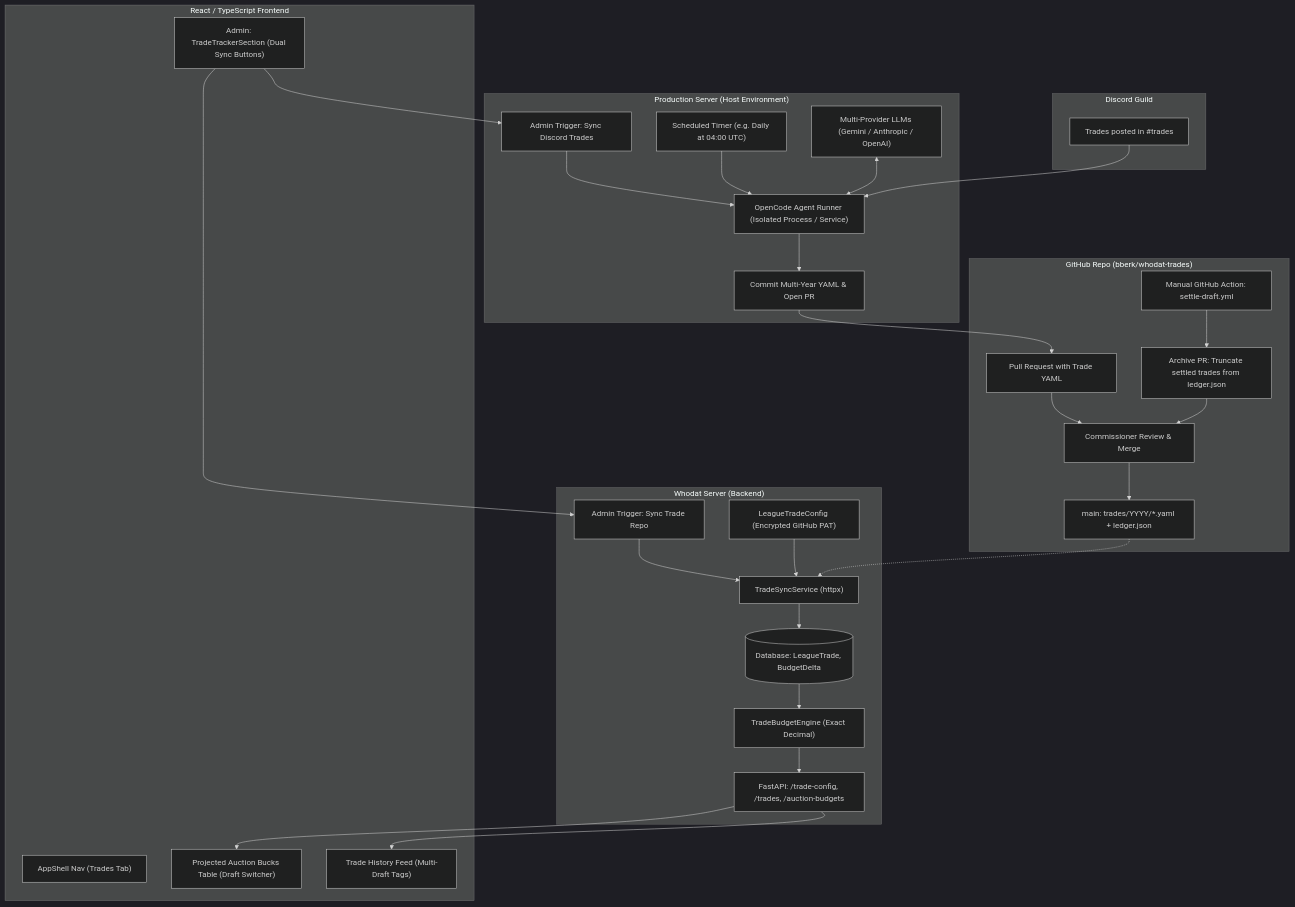
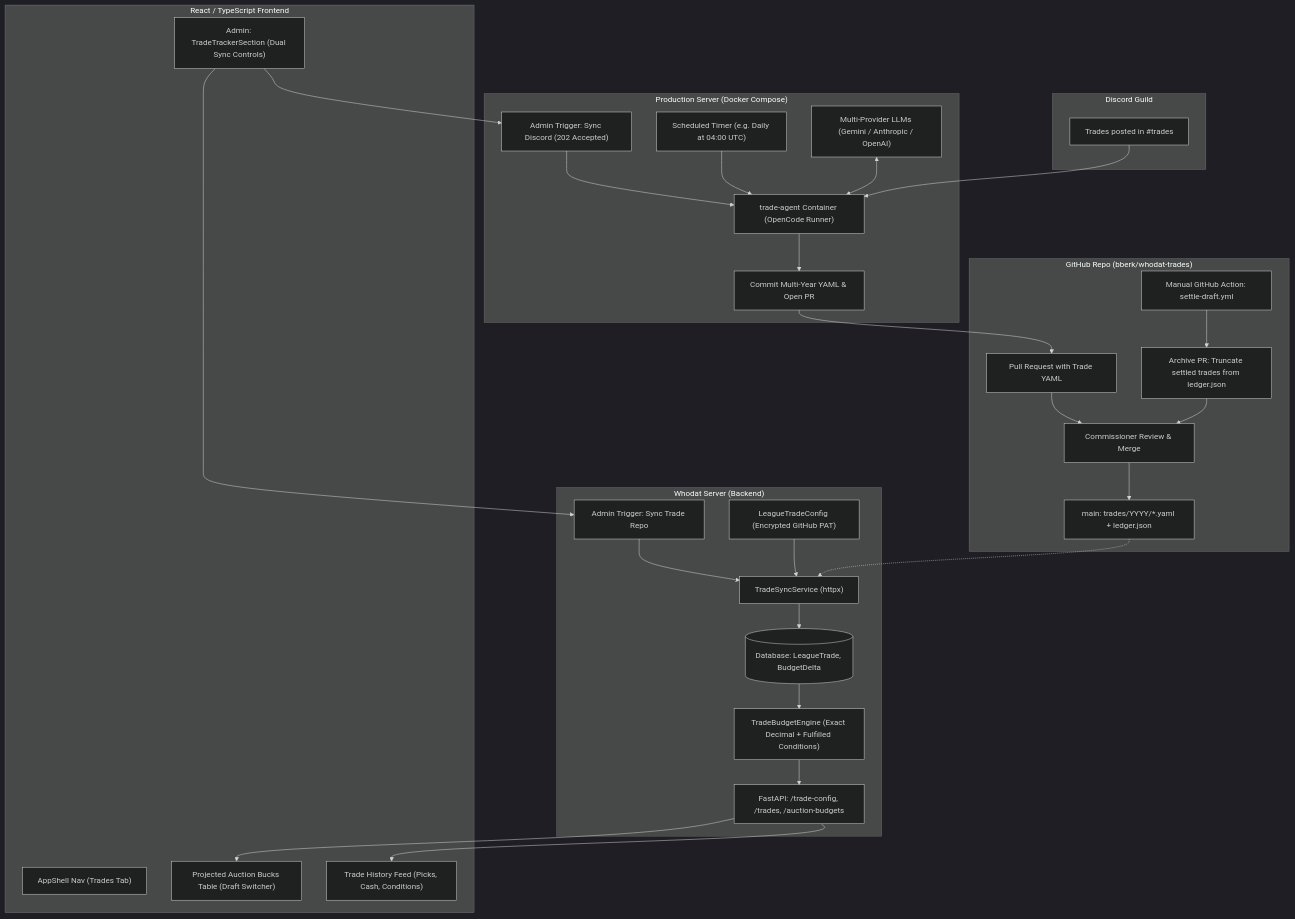
Before and after one commit to bberk/whodat-server: the first of 2 diagrams in docs/TRADE_TRACKER_PLAN.md, drawn with Mermaid (dark theme). The commit also changed other lines of this file, not shown here.

First line of the commit message:
Harden trade tracker plan from independent review

````diff
--- a/docs/TRADE_TRACKER_PLAN.md
+++ b/docs/TRADE_TRACKER_PLAN.md
@@ -25,60 +25,60 @@
 ```mermaid
 flowchart TD
     subgraph Discord["Discord Guild"]
         MSG["Trades posted in #trades"]
     end
 
-    subgraph Prod_Server["Production Server (Host Environment)"]
-        DISCORD_SYNC["Admin Trigger: Sync Discord Trades"]
+    subgraph Prod_Server["Production Server (Docker Compose)"]
+        DISCORD_SYNC["Admin Trigger: Sync Discord (202 Accepted)"]
         TIMER["Scheduled Timer (e.g. Daily at 04:00 UTC)"]
-        OPENCODE["OpenCode Agent Runner (Isolated Process / Service)"]
+        AGENT_CONTAINER["trade-agent Container (OpenCode Runner)"]
         PROVIDERS["Multi-Provider LLMs (Gemini / Anthropic / OpenAI)"]
         PR_BUILD["Commit Multi-Year YAML & Open PR"]
 
-        DISCORD_SYNC --> OPENCODE
-        TIMER --> OPENCODE
-        PROVIDERS <--> OPENCODE
-        OPENCODE --> PR_BUILD
+        DISCORD_SYNC --> AGENT_CONTAINER
+        TIMER --> AGENT_CONTAINER
+        PROVIDERS <--> AGENT_CONTAINER
+        AGENT_CONTAINER --> PR_BUILD
     end
 
     subgraph Trade_Repo["GitHub Repo (bberk/whodat-trades)"]
         PR["Pull Request with Trade YAML"]
         REVIEW["Commissioner Review & Merge"]
         MAIN["main: trades/YYYY/*.yaml + ledger.json"]
         DISPATCH_WORKFLOW["Manual GitHub Action: settle-draft.yml"]
         ARCHIVE_PR["Archive PR: Truncate settled trades from ledger.json"]
 
         PR --> REVIEW --> MAIN
         DISPATCH_WORKFLOW --> ARCHIVE_PR --> REVIEW
     end
 
     subgraph Whodat_Server["Whodat Server (Backend)"]
         REPO_SYNC["Admin Trigger: Sync Trade Repo"]
         CONFIG["LeagueTradeConfig (Encrypted GitHub PAT)"]
         SYNC_SVC["TradeSyncService (httpx)"]
         DB[("Database: LeagueTrade, BudgetDelta")]
-        ENGINE["TradeBudgetEngine (Exact Decimal)"]
+        ENGINE["TradeBudgetEngine (Exact Decimal + Fulfilled Conditions)"]
         API["FastAPI: /trade-config, /trades, /auction-budgets"]
 
         REPO_SYNC --> SYNC_SVC
         CONFIG --> SYNC_SVC
         SYNC_SVC --> DB
         DB --> ENGINE --> API
     end
 
     subgraph Frontend["React / TypeScript Frontend"]
         NAV["AppShell Nav (Trades Tab)"]
-        ADMIN_UI["Admin: TradeTrackerSection (Dual Sync Buttons)"]
+        ADMIN_UI["Admin: TradeTrackerSection (Dual Sync Controls)"]
         AUCTION_TABLE["Projected Auction Bucks Table (Draft Switcher)"]
-        TRADE_FEED["Trade History Feed (Multi-Draft Tags)"]
+        TRADE_FEED["Trade History Feed (Picks, Cash, Conditions)"]
 
         API --> AUCTION_TABLE
         API --> TRADE_FEED
         ADMIN_UI --> DISCORD_SYNC
         ADMIN_UI --> REPO_SYNC
     end
 
-    MSG --> OPENCODE
+    MSG --> AGENT_CONTAINER
     PR_BUILD --> PR
     MAIN -.-> SYNC_SVC
 ```
````
